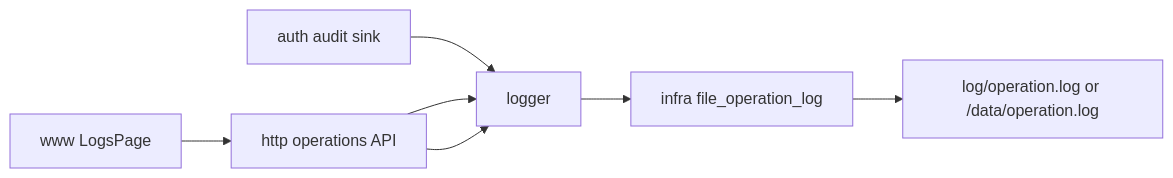
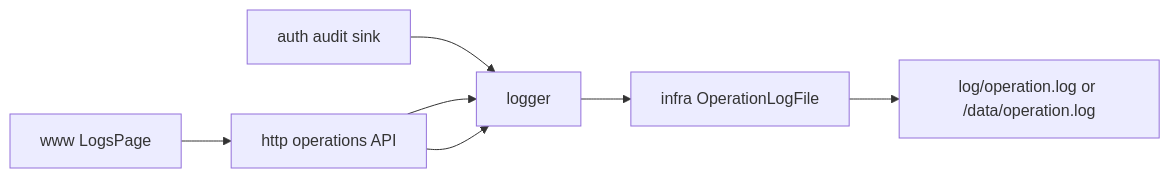
The diagram in docs/libs/logger.md (373699756/live_stream), drawn with Mermaid before and after one commit. The commit also changed 8 other files, not shown here.

````diff
--- a/docs/libs/logger.md
+++ b/docs/libs/logger.md
@@ -19,9 +19,9 @@
 ```mermaid
 flowchart LR
   Auth[auth audit sink] --> Logger[logger]
   HTTP[HTTP operation handlers] --> Logger
-  Logger --> OperationLog[infra file_operation_log]
-  OperationLog --> File[log/operation.log or /data/operation.log]
+  Logger --> OperationLogFile[infra OperationLogFile]
+  OperationLogFile --> File[log/operation.log or /data/operation.log]
   Web[www LogsPage] --> HTTP[http operations API]
   HTTP --> Logger
 ```
````
